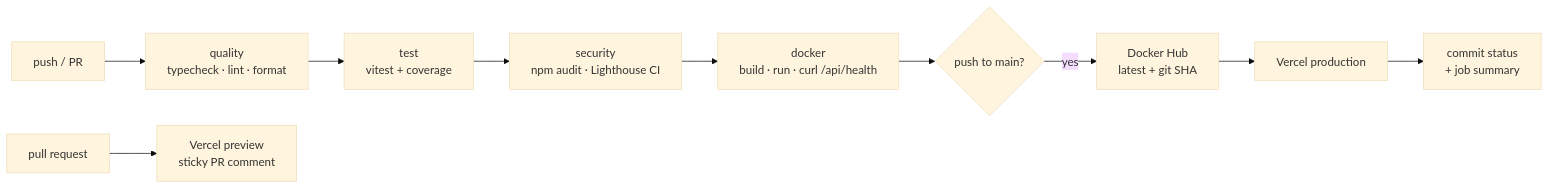
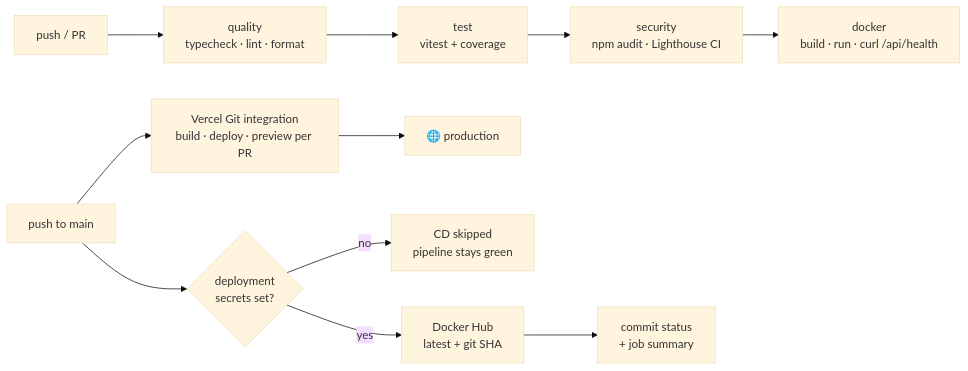
One commit to Abdo-Radi/my-portfolio changed the second of 2 diagrams in README.md. Above: the diagram before and after it, drawn with Mermaid (base theme). The commit also changed other lines of this file and 5 other files, not shown here.

````diff
--- a/README.md
+++ b/README.md
@@ -130,12 +130,15 @@
 ```mermaid
 flowchart LR
     PUSH["push / PR"] --> Q["quality<br/>typecheck · lint · format"]
     Q --> T["test<br/>vitest + coverage"]
     T --> S["security<br/>npm audit · Lighthouse CI"]
     S --> D["docker<br/>build · run · curl /api/health"]
-    D --> CD{"push to main?"}
-    CD -->|yes| HUB["Docker Hub<br/>latest + git SHA"]
-    HUB --> VER["Vercel production"]
-    VER --> N["commit status<br/>+ job summary"]
-    PR["pull request"] --> PREV["Vercel preview<br/>sticky PR comment"]
+
+    MAIN["push to main"] --> VERCEL["Vercel Git integration<br/>build · deploy · preview per PR"]
+    VERCEL --> LIVE["🌐 production"]
+
+    MAIN --> G{"deployment<br/>secrets set?"}
+    G -->|no| SKIP["CD skipped<br/>pipeline stays green"]
+    G -->|yes| HUB["Docker Hub<br/>latest + git SHA"]
+    HUB --> N["commit status<br/>+ job summary"]
 ```
````
